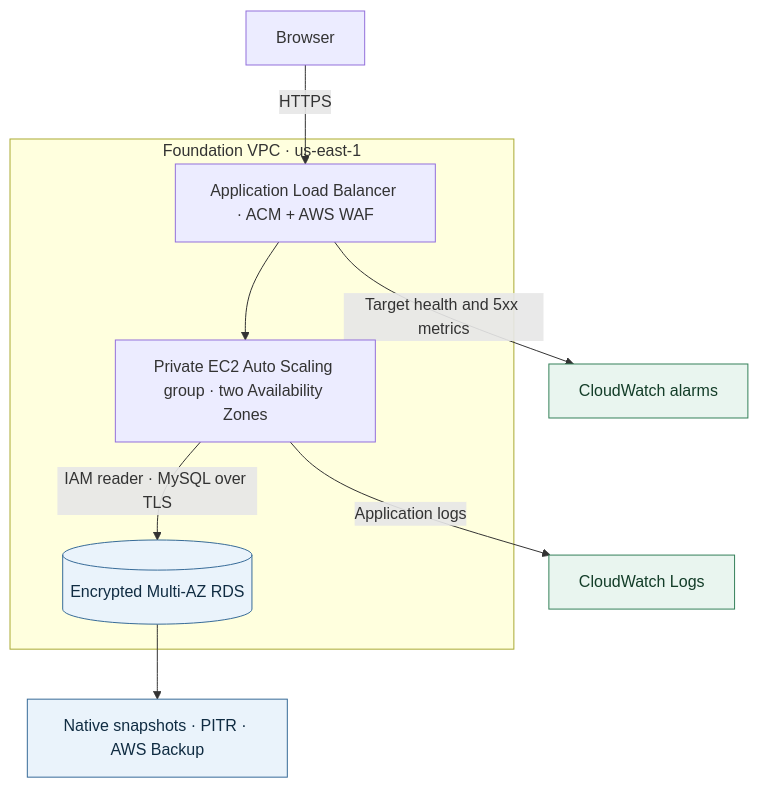
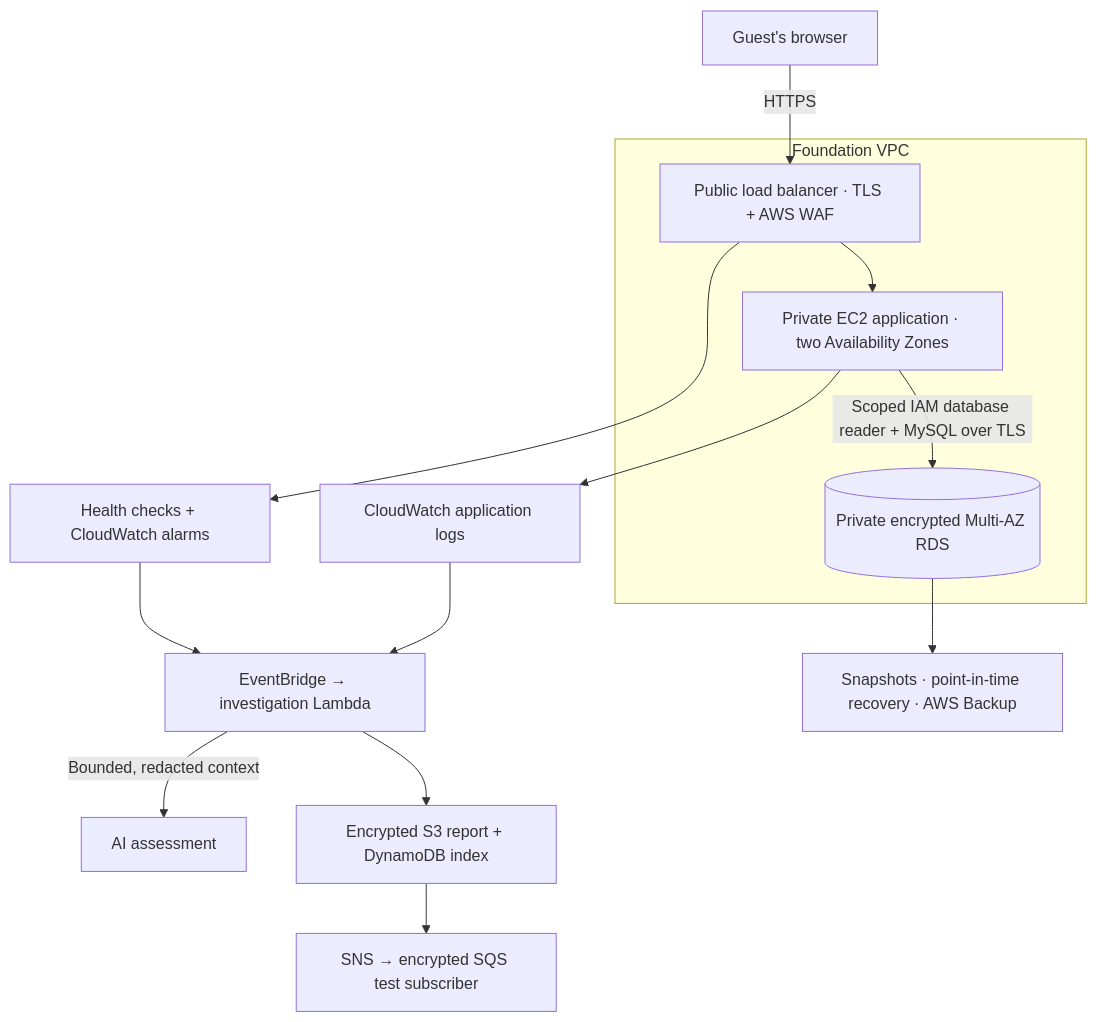
The first of 2 diagrams in project-1-cloud-foundation/README.md (JNHolman/RSVP-Cloud-Platform), drawn with Mermaid before and after one commit. The commit also changed other lines of this file and 5 other files, not shown here.

````diff
--- a/project-1-cloud-foundation/README.md
+++ b/project-1-cloud-foundation/README.md
@@ -7,15 +13,16 @@
-```mermaid
+~~~mermaid
 flowchart TB
-  client["Browser"] -->|HTTPS| edge["Application Load Balancer · ACM + AWS WAF"]
-  subgraph vpc["Foundation VPC · us-east-1"]
-    edge --> asg["Private EC2 Auto Scaling group · two Availability Zones"]
-    asg -->|IAM reader · MySQL over TLS| db[("Encrypted Multi-AZ RDS")]
-  end
-  db --> backup["Native snapshots · PITR · AWS Backup"]
-  asg -->|Application logs| logs["CloudWatch Logs"]
-  edge -->|Target health and 5xx metrics| alarm["CloudWatch alarms"]
-  classDef data fill:#eaf3fb,stroke:#376b98,color:#102c42
-  classDef ops fill:#e9f5ef,stroke:#35815a,color:#133d28
-  class db,backup data
-  class alarm,logs ops
-```
+    guest["Guest's browser"] -->|"HTTPS"| alb["Public load balancer · TLS + AWS WAF"]
+    subgraph vpc["Foundation VPC"]
+      alb --> web["Private EC2 application · two Availability Zones"]
+      web -->|"Scoped IAM database reader + MySQL over TLS"| rds[("Private encrypted Multi-AZ RDS")]
+    end
+    web --> logs["CloudWatch application logs"]
+    alb --> alarms["Health checks + CloudWatch alarms"]
+    alarms --> analysis["EventBridge → investigation Lambda"]
+    logs --> analysis
+    analysis -->|"Bounded, redacted context"| ai["AI assessment"]
+    analysis --> records["Encrypted S3 report + DynamoDB index"]
+    records --> notify["SNS → encrypted SQS test subscriber"]
+    rds --> recovery["Snapshots · point-in-time recovery · AWS Backup"]
+~~~
````
